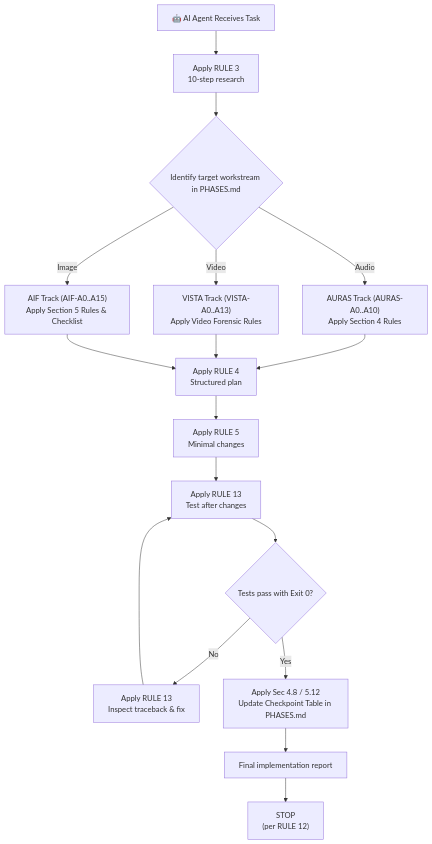
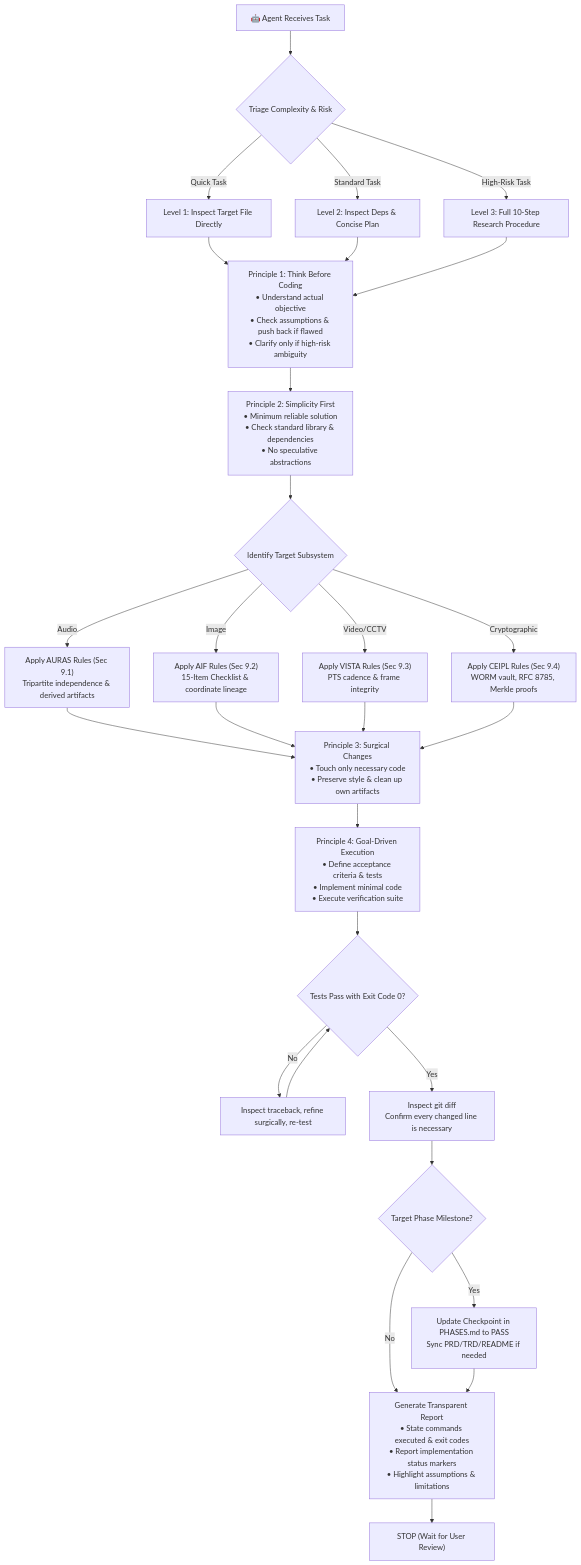
Before and after one commit to Subhadip-Paul2006/BHack-Docs: the third of 3 diagrams in AI_INSTRUCTIONS.md, drawn with Mermaid. The commit also changed other lines of this file, not shown here.

````diff
--- a/AI_INSTRUCTIONS.md
+++ b/AI_INSTRUCTIONS.md
@@ -380,19 +649,34 @@
 ```mermaid
 flowchart TD
-    START["🤖 AI Agent Receives Task"] --> RESEARCH["Apply RULE 3<br/>10-step research"]
-    RESEARCH --> IDENTIFY_WORKSTREAM{"Identify target workstream in PHASES.md"}
+    START["🤖 Agent Receives Task"] --> TRIAGE{"Triage Complexity & Risk"}
     
-    IDENTIFY_WORKSTREAM -->|Audio| P_AUD["AURAS Track (AURAS-A0..A10)<br/>Apply Section 4 Rules"]
-    IDENTIFY_WORKSTREAM -->|Video| P_VID["VISTA Track (VISTA-A0..A13)<br/>Apply Video Forensic Rules"]
-    IDENTIFY_WORKSTREAM -->|Image| P_IMG["AIF Track (AIF-A0..A15)<br/>Apply Section 5 Rules & Checklist"]
+    TRIAGE -->|Quick Task| L1_PLAN["Level 1: Inspect Target File Directly"]
+    TRIAGE -->|Standard Task| L2_PLAN["Level 2: Inspect Deps & Concise Plan"]
+    TRIAGE -->|High-Risk Task| L3_PLAN["Level 3: Full 10-Step Research Procedure"]
     
-    P_AUD & P_VID & P_IMG --> PLAN["Apply RULE 4<br/>Structured plan"]
-    PLAN --> MODIFY["Apply RULE 5<br/>Minimal changes"]
-    MODIFY --> TEST["Apply RULE 13<br/>Test after changes"]
-    TEST --> VERIFY{"Tests pass with Exit 0?"}
-    VERIFY -->|No| FIX["Apply RULE 13<br/>Inspect traceback & fix"]
-    FIX --> TEST
-    VERIFY -->|Yes| UPDATE_CP["Apply Sec 4.8 / 5.12<br/>Update Checkpoint Table in PHASES.md"]
-    UPDATE_CP --> REPORT["Final implementation report"]
-    REPORT --> STOP["STOP<br/>(per RULE 12)"]
+    L1_PLAN & L2_PLAN & L3_PLAN --> P1_THINK["Principle 1: Think Before Coding<br/>• Understand actual objective<br/>• Check assumptions & push back if flawed<br/>• Clarify only if high-risk ambiguity"]
+    
+    P1_THINK --> P2_SIMPLE["Principle 2: Simplicity First<br/>• Minimum reliable solution<br/>• Check standard library & dependencies<br/>• No speculative abstractions"]
+    
+    P2_SIMPLE --> WORKSTREAM{"Identify Target Subsystem"}
+    WORKSTREAM -->|Audio| R_AUD["Apply AURAS Rules (Sec 9.1)<br/>Tripartite independence & derived artifacts"]
+    WORKSTREAM -->|Image| R_IMG["Apply AIF Rules (Sec 9.2)<br/>15-Item Checklist & coordinate lineage"]
+    WORKSTREAM -->|Video/CCTV| R_VID["Apply VISTA Rules (Sec 9.3)<br/>PTS cadence & frame integrity"]
+    WORKSTREAM -->|Cryptographic| R_CRYPTO["Apply CEIPL Rules (Sec 9.4)<br/>WORM vault, RFC 8785, Merkle proofs"]
+    
+    R_AUD & R_IMG & R_VID & R_CRYPTO --> P3_SURGICAL["Principle 3: Surgical Changes<br/>• Touch only necessary code<br/>• Preserve style & clean up own artifacts"]
+    
+    P3_SURGICAL --> P4_GOAL["Principle 4: Goal-Driven Execution<br/>• Define acceptance criteria & tests<br/>• Implement minimal code<br/>• Execute verification suite"]
+    
+    P4_GOAL --> TEST_RUN{"Tests Pass with Exit Code 0?"}
+    TEST_RUN -->|No| FIX["Inspect traceback, refine surgically, re-test"]
+    FIX --> TEST_RUN
+    
+    TEST_RUN -->|Yes| DIFF_INSPECT["Inspect git diff<br/>Confirm every changed line is necessary"]
+    DIFF_INSPECT --> UPDATE_CHECKPOINT{"Target Phase Milestone?"}
+    UPDATE_CHECKPOINT -->|Yes| SYNC_DOCS["Update Checkpoint in PHASES.md to PASS<br/>Sync PRD/TRD/README if needed"]
+    UPDATE_CHECKPOINT -->|No| FINAL_REPORT
+    SYNC_DOCS --> FINAL_REPORT["Generate Transparent Report<br/>• State commands executed & exit codes<br/>• Report implementation status markers<br/>• Highlight assumptions & limitations"]
+    
+    FINAL_REPORT --> STOP["STOP (Wait for User Review)"]
 ```
````
